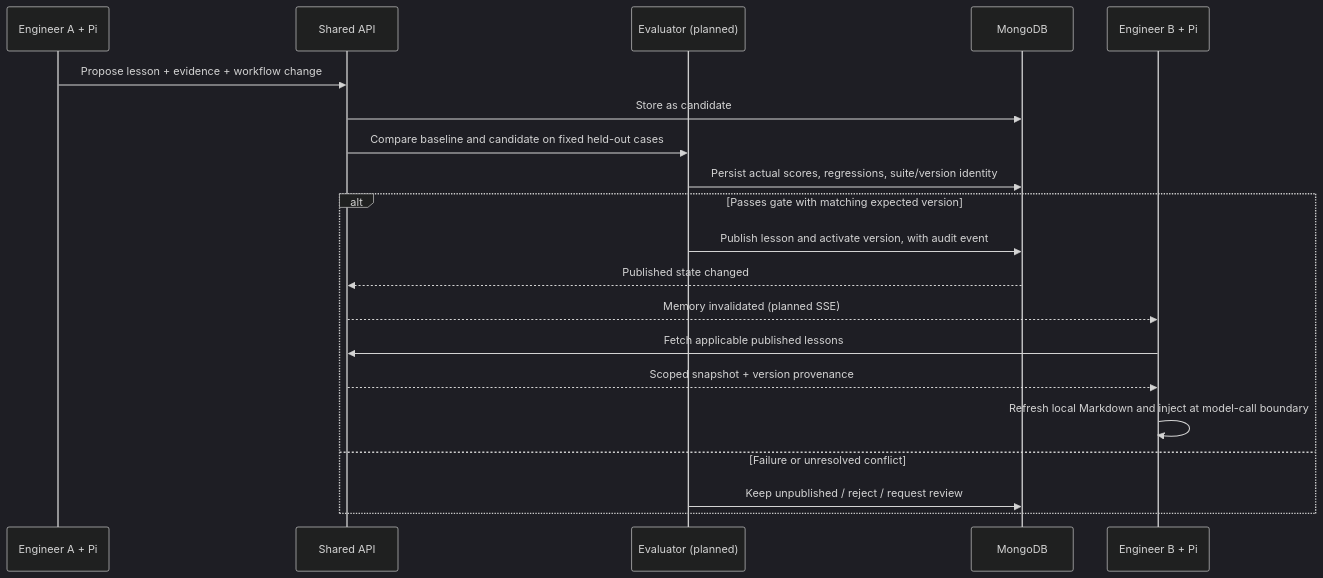
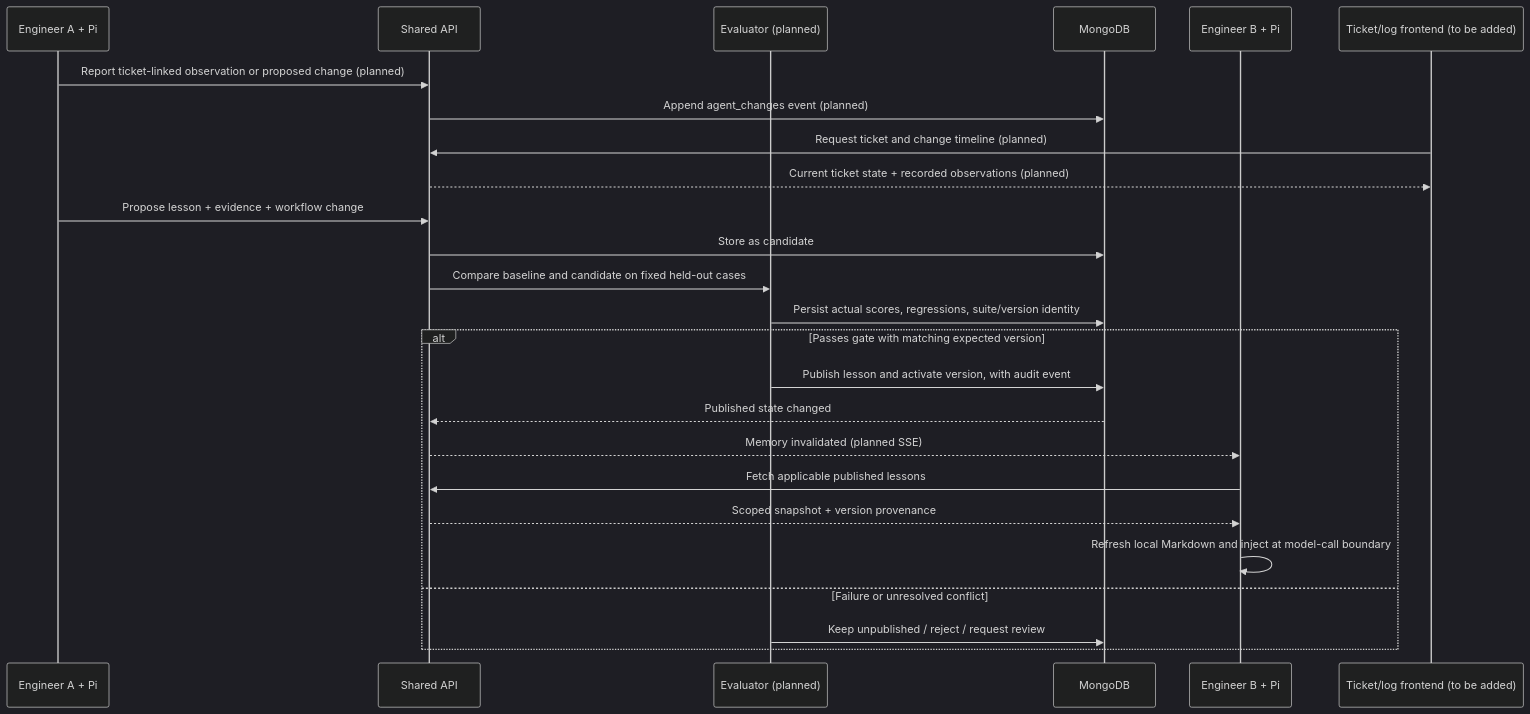
The second of 2 diagrams in docs/architecture.md (Shazam6565/mongo-db-hackathon-Xchange), drawn with Mermaid (dark theme) before and after one commit. The commit also changed other lines of this file and 13 other files, not shown here.

Commit message:
Add ticket and agent-change contracts and frontend integration plan

````diff
--- a/docs/architecture.md
+++ b/docs/architecture.md
@@ -39,22 +43,27 @@
 ```mermaid
 sequenceDiagram
   participant A as Engineer A + Pi
   participant API as Shared API
   participant E as Evaluator (planned)
   participant DB as MongoDB
   participant B as Engineer B + Pi
+  participant UI as Ticket/log frontend (to be added)
+  A->>API: Report ticket-linked observation or proposed change (planned)
+  API->>DB: Append agent_changes event (planned)
+  UI->>API: Request ticket and change timeline (planned)
+  API-->>UI: Current ticket state + recorded observations (planned)
   A->>API: Propose lesson + evidence + workflow change
   API->>DB: Store as candidate
   API->>E: Compare baseline and candidate on fixed held-out cases
   E->>DB: Persist actual scores, regressions, suite/version identity
   alt Passes gate with matching expected version
     E->>DB: Publish lesson and activate version, with audit event
     DB-->>API: Published state changed
     API-->>B: Memory invalidated (planned SSE)
     B->>API: Fetch applicable published lessons
     API-->>B: Scoped snapshot + version provenance
     B->>B: Refresh local Markdown and inject at model-call boundary
   else Failure or unresolved conflict
     E->>DB: Keep unpublished / reject / request review
   end
 ```
````
